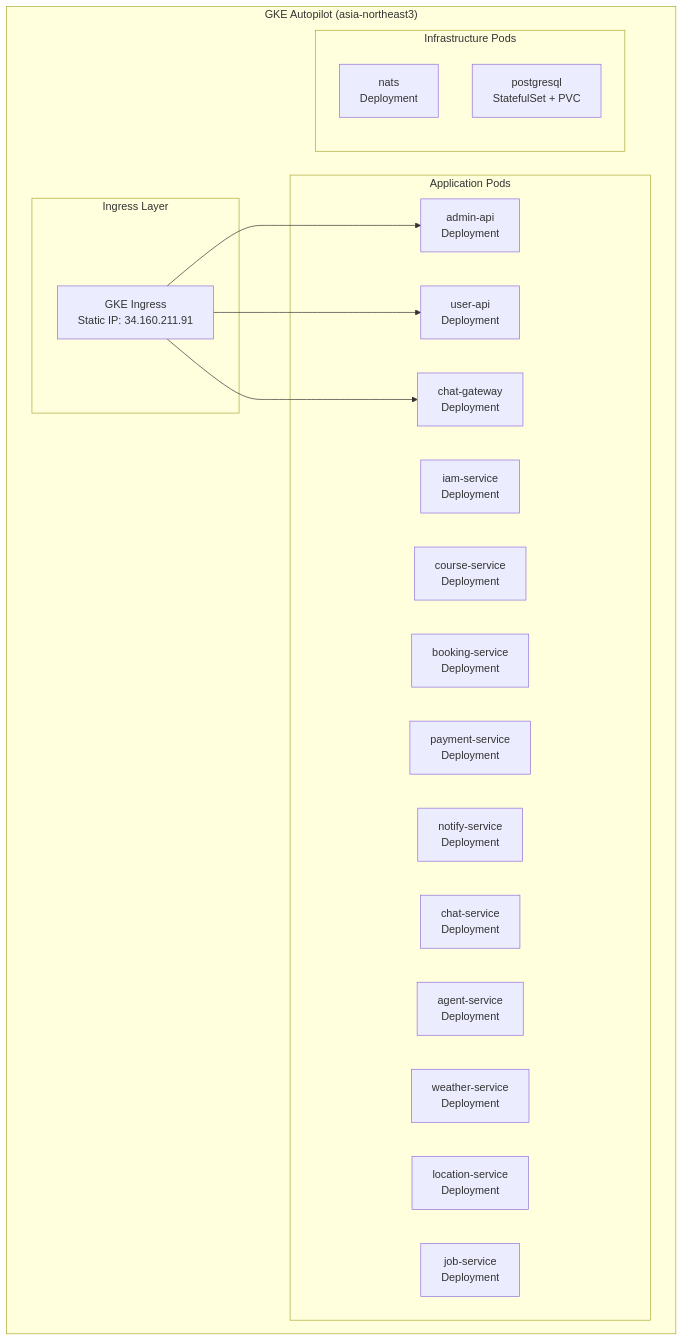
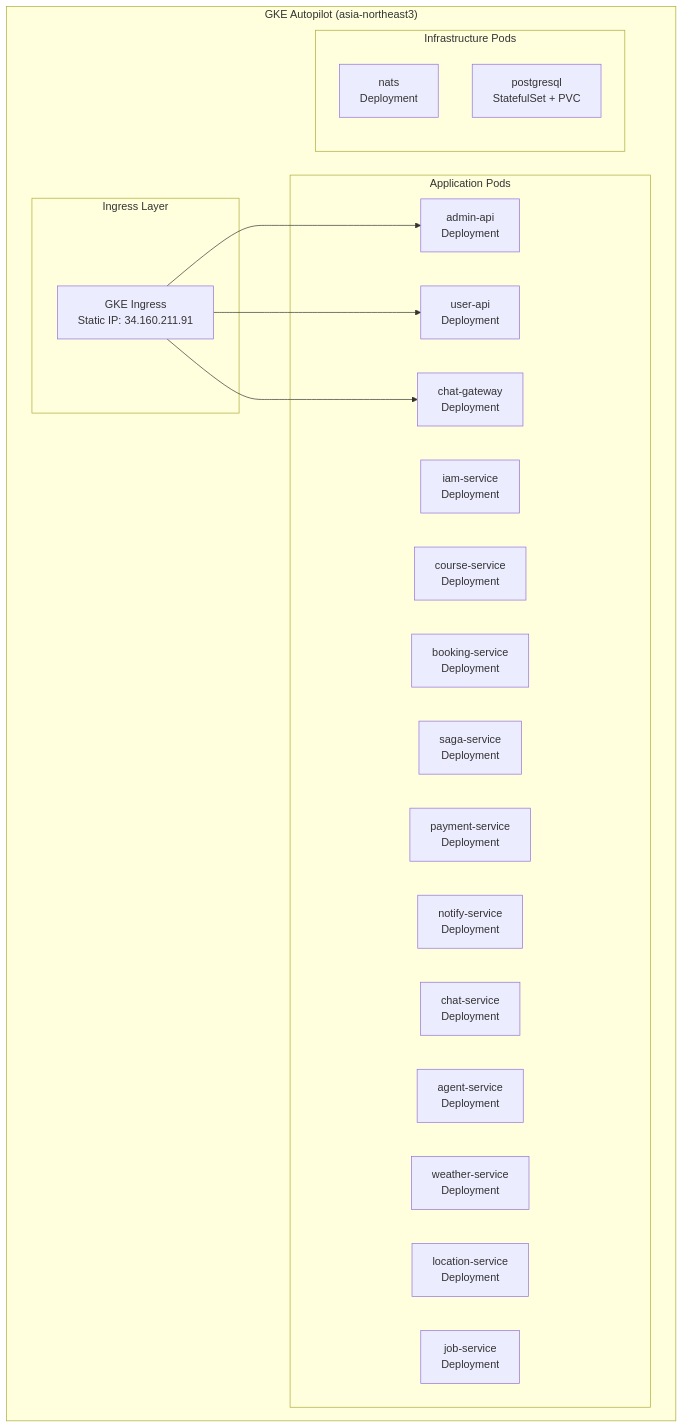
One commit to uniyous/parkgolf-platform changed the fifth of 6 diagrams in docs/architecture/SYSTEM.md. Above: the diagram before and after it, drawn with Mermaid. The commit also changed other lines of this file and 9 other files, not shown here.

First line of the commit message:
docs: saga-service 독립 분리에 따른 아키텍처/워크플로우 문서 현행화

````diff
--- a/docs/architecture/SYSTEM.md
+++ b/docs/architecture/SYSTEM.md
@@ -650,33 +707,34 @@
 ```mermaid
 graph TD
     subgraph "GKE Autopilot (asia-northeast3)"
         subgraph "Ingress Layer"
             ING[GKE Ingress<br/>Static IP: 34.160.211.91]
         end
 
         subgraph "Application Pods"
             AAPI[admin-api<br/>Deployment]
             UAPI[user-api<br/>Deployment]
             CHATGW[chat-gateway<br/>Deployment]
             IAM[iam-service<br/>Deployment]
             COURSE[course-service<br/>Deployment]
             BOOK[booking-service<br/>Deployment]
+            SAGA[saga-service<br/>Deployment]
             PAY[payment-service<br/>Deployment]
             NOTIFY[notify-service<br/>Deployment]
             CHAT[chat-service<br/>Deployment]
             AGENT[agent-service<br/>Deployment]
             WEATHER[weather-service<br/>Deployment]
             LOCATION[location-service<br/>Deployment]
             JOB[job-service<br/>Deployment]
         end
 
         subgraph "Infrastructure Pods"
             NATS[nats<br/>Deployment]
             PG[postgresql<br/>StatefulSet + PVC]
         end
     end
 
     ING --> AAPI
     ING --> UAPI
     ING --> CHATGW
 ```
````
